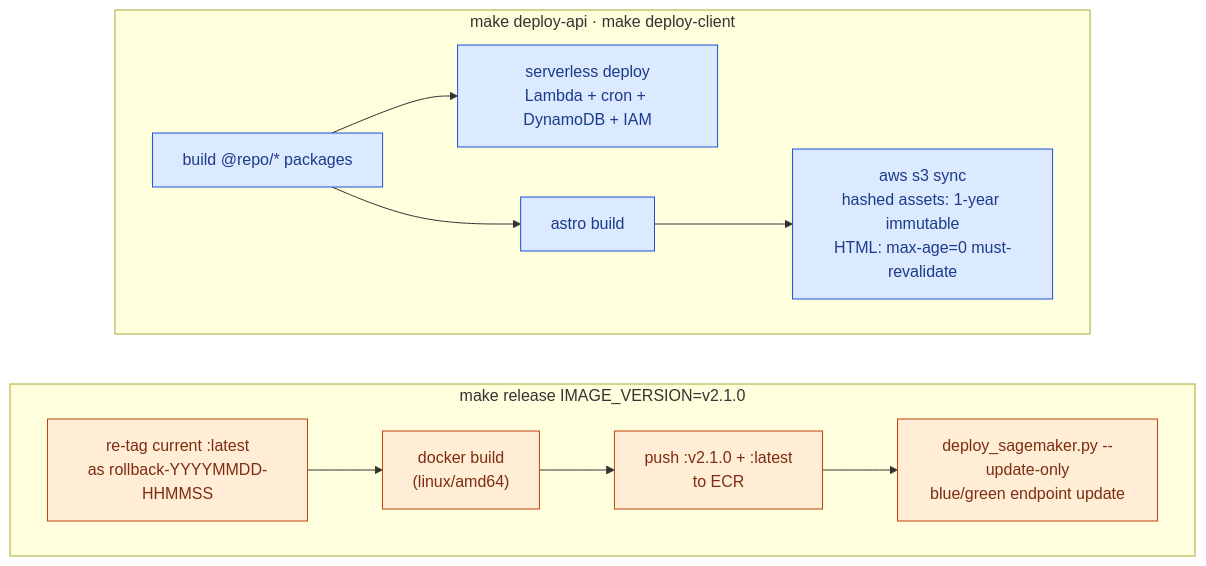
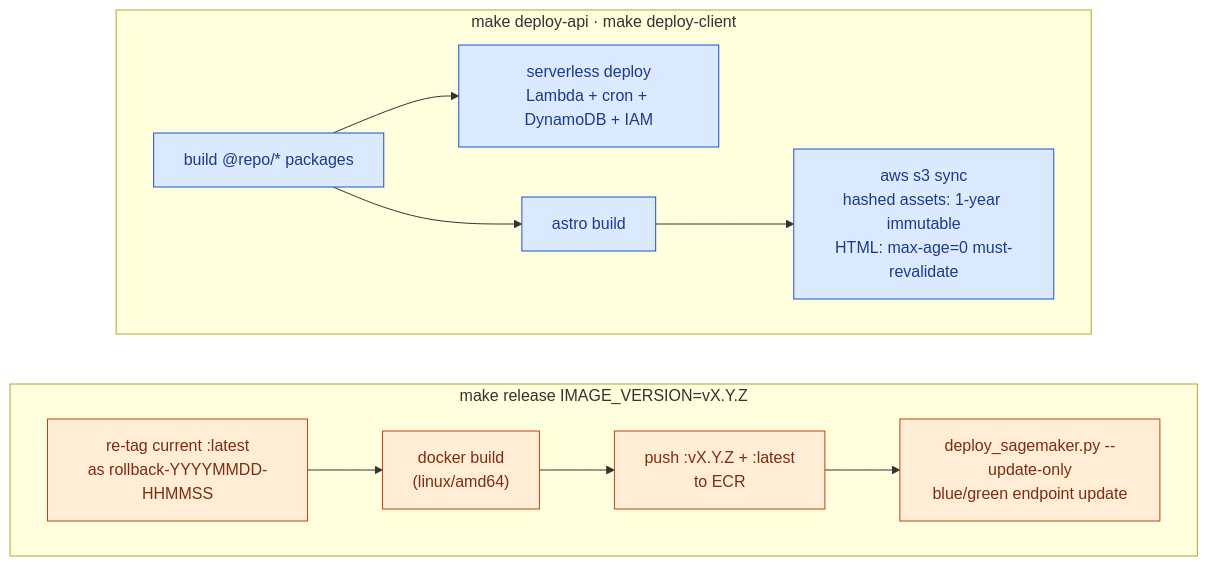
The sixth of 6 diagrams in README.md (sergiocrol/qraft), drawn with Mermaid before and after one commit. The commit also changed other lines of this file, not shown here.

````diff
--- a/README.md
+++ b/README.md
@@ -490,18 +495,18 @@
 ```mermaid
 flowchart LR
-    subgraph GPUrel["make release IMAGE_VERSION=v2.1.0"]
+    subgraph GPUrel["make release IMAGE_VERSION=vX.Y.Z"]
         direction LR
-        T["re-tag current :latest<br/>as rollback-YYYYMMDD-HHMMSS"] --> BLD["docker build<br/>(linux/amd64)"] --> PUSH["push :v2.1.0 + :latest<br/>to ECR"] --> UPD["deploy_sagemaker.py --update-only<br/>blue/green endpoint update"]
+        T["re-tag current :latest<br/>as rollback-YYYYMMDD-HHMMSS"] --> BLD["docker build<br/>(linux/amd64)"] --> PUSH["push :vX.Y.Z + :latest<br/>to ECR"] --> UPD["deploy_sagemaker.py --update-only<br/>blue/green endpoint update"]
     end
 
     subgraph JSrel["make deploy-api · make deploy-client"]
         direction LR
         PKG["build @repo/* packages"] --> SLS["serverless deploy<br/>Lambda + cron + DynamoDB + IAM"]
         PKG --> AST["astro build"] --> SYNC["aws s3 sync<br/>hashed assets: 1-year immutable<br/>HTML: max-age=0 must-revalidate"]
     end
 
     classDef gpu fill:#ffedd5,stroke:#c2410c,color:#7c2d12
     classDef js fill:#dbeafe,stroke:#1d4ed8,color:#1e3a8a
     class T,BLD,PUSH,UPD gpu
     class PKG,SLS,AST,SYNC js
 ```
````
